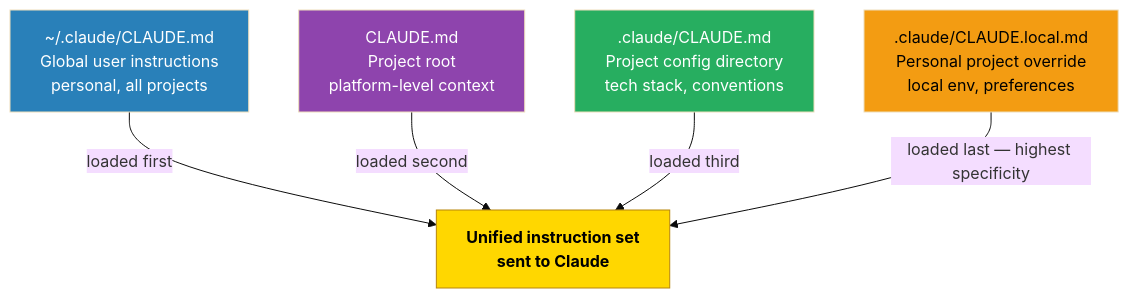
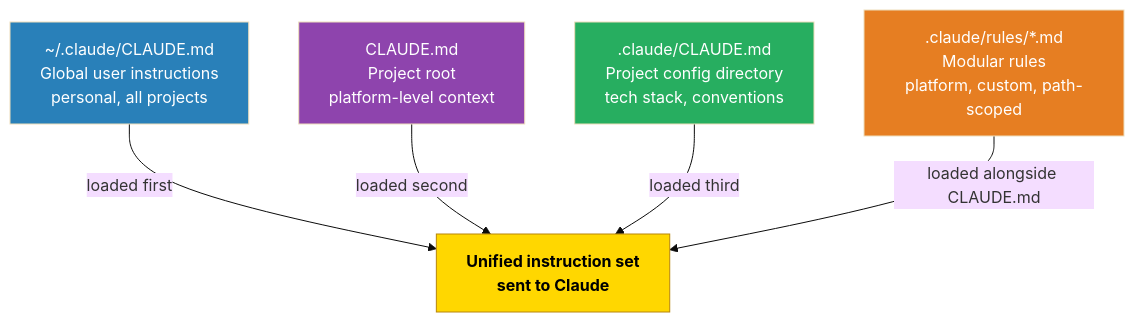
Before and after one commit to lamchakchan/claude-workspace: the third of 6 diagrams in docs/CONFIG.md, drawn with Mermaid (base theme). The commit also changed other lines of this file and 24 other files, not shown here.

First line of the commit message:
Use .claude/rules/platform.md for non-destructive attach on existing projects

````diff
--- a/docs/CONFIG.md
+++ b/docs/CONFIG.md
@@ -145,31 +145,31 @@
 ```mermaid
 flowchart TD
     A["~/.claude/CLAUDE.md<br/>Global user instructions<br/>personal, all projects"]
     B["CLAUDE.md<br/>Project root<br/>platform-level context"]
     PC[".claude/CLAUDE.md<br/>Project config directory<br/>tech stack, conventions"]
-    D[".claude/CLAUDE.local.md<br/>Personal project override<br/>local env, preferences"]
+    R[".claude/rules/*.md<br/>Modular rules<br/>platform, custom, path-scoped"]
     Z["Unified instruction set<br/>sent to Claude"]
 
     A -->|"loaded first"| Z
     B -->|"loaded second"| Z
     PC -->|"loaded third"| Z
-    D -->|"loaded last — highest specificity"| Z
+    R -->|"loaded alongside CLAUDE.md"| Z
 
     classDef highlight fill:#FFD700,stroke:#B8860B,color:#000,font-weight:bold
     classDef global fill:#2980b9,color:#fff
     classDef platform fill:#8e44ad,color:#fff
     classDef project fill:#27ae60,color:#fff
-    classDef local fill:#f39c12,color:#000
+    classDef rules fill:#e67e22,color:#fff
 
     class Z highlight
     class A global
     class B platform
     class PC project
-    class D local
+    class R rules
 
     click A href "https://docs.anthropic.com/en/docs/claude-code/memory" _blank
     click B href "https://docs.anthropic.com/en/docs/claude-code/memory" _blank
     click PC href "https://docs.anthropic.com/en/docs/claude-code/memory" _blank
-    click D href "https://docs.anthropic.com/en/docs/claude-code/memory" _blank
+    click R href "https://docs.anthropic.com/en/docs/claude-code/memory" _blank
     click Z href "https://docs.anthropic.com/en/docs/claude-code/memory" _blank
 ```
````
